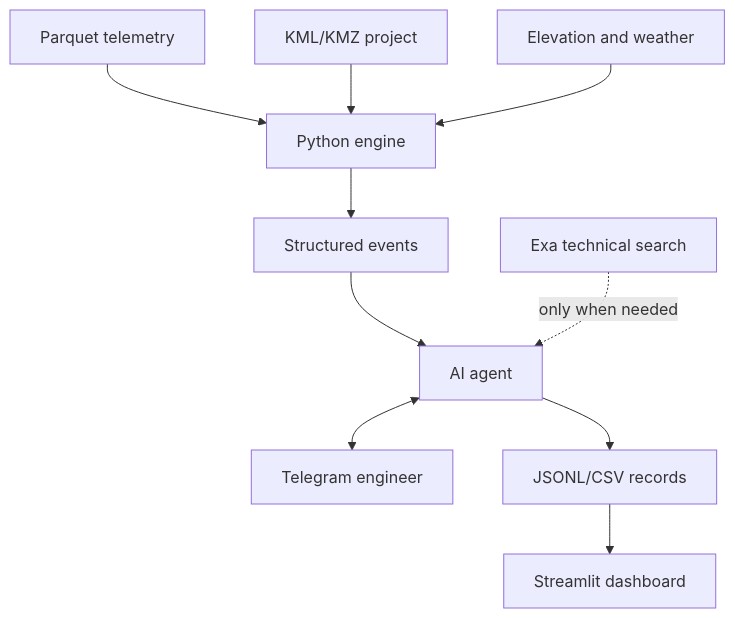
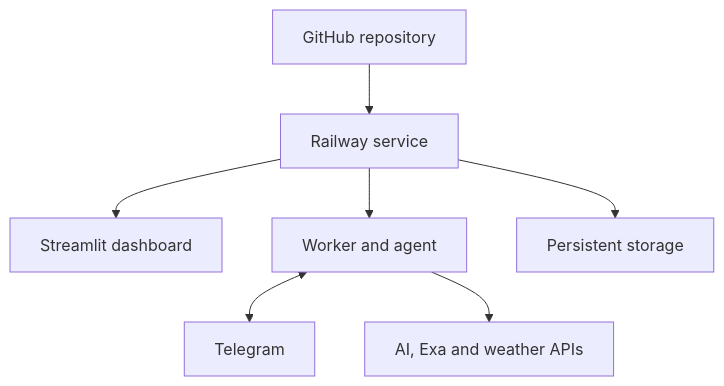
One commit to CAIOZANETTI/machine2pipe-ai changed the diagram in README.md. Above: the diagram before and after it, drawn with Mermaid. The commit also changed other lines of this file, not shown here.

````diff
--- a/README.md
+++ b/README.md
@@ -224,12 +249,9 @@
 ```mermaid
 flowchart TD
-    A["Parquet telemetry"] --> D["Python engine"]
-    B["KML/KMZ project"] --> D
-    C["Elevation and weather"] --> D
-    D --> E["Structured events"]
-    E --> F["AI agent"]
-    X["Exa technical search"] -. only when needed .-> F
-    F <--> G["Telegram engineer"]
-    F --> H["JSONL/CSV records"]
-    H --> I["Streamlit dashboard"]
+    A["GitHub repository"] --> B["Railway service"]
+    B --> C["Streamlit dashboard"]
+    B --> D["Worker and agent"]
+    D <--> E["Telegram"]
+    B --> F["Persistent storage"]
+    D --> G["AI, Exa and weather APIs"]
 ```
````
